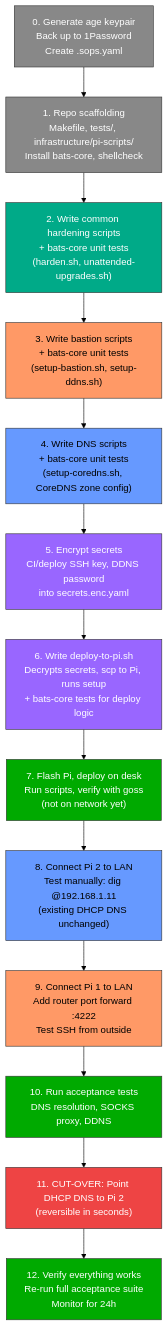
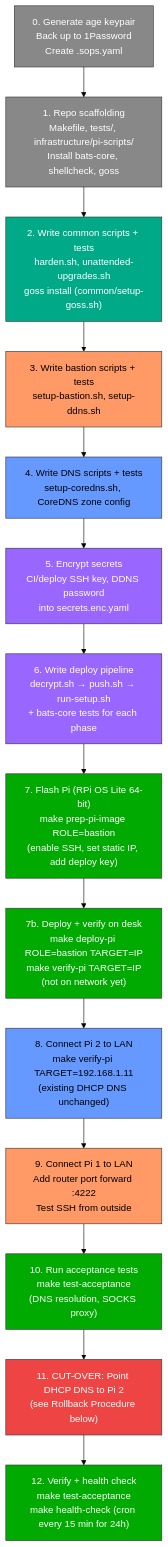
One commit to thewoolleyman/home-tech-infrastructure changed diagram 11 of 11 in _bmad-output/brainstorming/architecture-diagram.md. Above: the diagram before and after it, drawn with Mermaid (forest theme). The commit also changed other lines of this file, not shown here.

````diff
--- a/_bmad-output/brainstorming/architecture-diagram.md
+++ b/_bmad-output/brainstorming/architecture-diagram.md
@@ -681,33 +692,35 @@
 ```mermaid
 flowchart TD
     M0["0. Generate age keypair<br/>Back up to 1Password<br/>Create .sops.yaml"]
-    M1["1. Repo scaffolding<br/>Makefile, tests/, infrastructure/pi-scripts/<br/>Install bats-core, shellcheck"]
-    M2["2. Write common hardening scripts<br/>+ bats-core unit tests<br/>(harden.sh, unattended-upgrades.sh)"]
-    M3["3. Write bastion scripts<br/>+ bats-core unit tests<br/>(setup-bastion.sh, setup-ddns.sh)"]
-    M4["4. Write DNS scripts<br/>+ bats-core unit tests<br/>(setup-coredns.sh, CoreDNS zone config)"]
+    M1["1. Repo scaffolding<br/>Makefile, tests/, infrastructure/pi-scripts/<br/>Install bats-core, shellcheck, goss"]
+    M2["2. Write common scripts + tests<br/>harden.sh, unattended-upgrades.sh<br/>goss install (common/setup-goss.sh)"]
+    M3["3. Write bastion scripts + tests<br/>setup-bastion.sh, setup-ddns.sh"]
+    M4["4. Write DNS scripts + tests<br/>setup-coredns.sh, CoreDNS zone config"]
     M5["5. Encrypt secrets<br/>CI/deploy SSH key, DDNS password<br/>into secrets.enc.yaml"]
-    M6["6. Write deploy-to-pi.sh<br/>Decrypts secrets, scp to Pi, runs setup<br/>+ bats-core tests for deploy logic"]
-    M7["7. Flash Pi, deploy on desk<br/>Run scripts, verify with goss<br/>(not on network yet)"]
-    M8["8. Connect Pi 2 to LAN<br/>Test manually: dig @192.168.1.11<br/>(existing DHCP DNS unchanged)"]
+    M6["6. Write deploy pipeline<br/>decrypt.sh → push.sh → run-setup.sh<br/>+ bats-core tests for each phase"]
+    M7["7. Flash Pi (RPi OS Lite 64-bit)<br/>make prep-pi-image ROLE=bastion<br/>(enable SSH, set static IP, add deploy key)"]
+    M7B["7b. Deploy + verify on desk<br/>make deploy-pi ROLE=bastion TARGET=IP<br/>make verify-pi TARGET=IP<br/>(not on network yet)"]
+    M8["8. Connect Pi 2 to LAN<br/>make verify-pi TARGET=192.168.1.11<br/>(existing DHCP DNS unchanged)"]
     M9["9. Connect Pi 1 to LAN<br/>Add router port forward :4222<br/>Test SSH from outside"]
-    M10["10. Run acceptance tests<br/>DNS resolution, SOCKS proxy, DDNS"]
-    M11["11. CUT-OVER: Point DHCP DNS to Pi 2<br/>(reversible in seconds)"]
-    M12["12. Verify everything works<br/>Re-run full acceptance suite<br/>Monitor for 24h"]
+    M10["10. Run acceptance tests<br/>make test-acceptance<br/>(DNS resolution, SOCKS proxy)"]
+    M11["11. CUT-OVER: Point DHCP DNS to Pi 2<br/>(see Rollback Procedure below)"]
+    M12["12. Verify + health check<br/>make test-acceptance<br/>make health-check (cron every 15 min for 24h)"]
 
-    M0 --> M1 --> M2 --> M3 --> M4 --> M5 --> M6 --> M7
-    M7 --> M8 --> M9 --> M10 --> M11 --> M12
+    M0 --> M1 --> M2 --> M3 --> M4 --> M5 --> M6 --> M7 --> M7B
+    M7B --> M8 --> M9 --> M10 --> M11 --> M12
 
     style M0 fill:#888,stroke:#333,color:#fff
     style M1 fill:#888,stroke:#333,color:#fff
     style M2 fill:#0a8,stroke:#333,color:#fff
     style M3 fill:#f96,stroke:#333
     style M4 fill:#69f,stroke:#333
     style M5 fill:#96f,stroke:#333,color:#fff
     style M6 fill:#96f,stroke:#333,color:#fff
     style M7 fill:#0a0,stroke:#333,color:#fff
+    style M7B fill:#0a0,stroke:#333,color:#fff
     style M8 fill:#69f,stroke:#333
     style M9 fill:#f96,stroke:#333
     style M10 fill:#0a0,stroke:#333,color:#fff
     style M11 fill:#e44,stroke:#333,color:#fff
     style M12 fill:#0a0,stroke:#333,color:#fff
 ```
````
